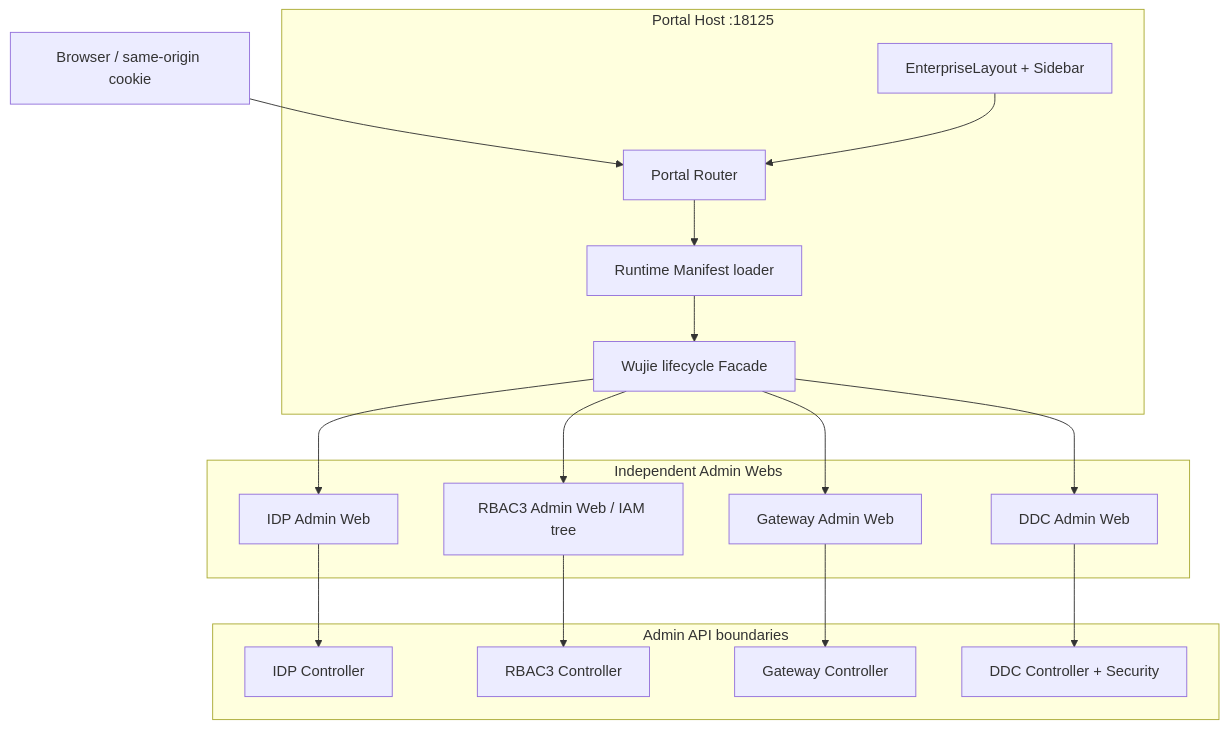
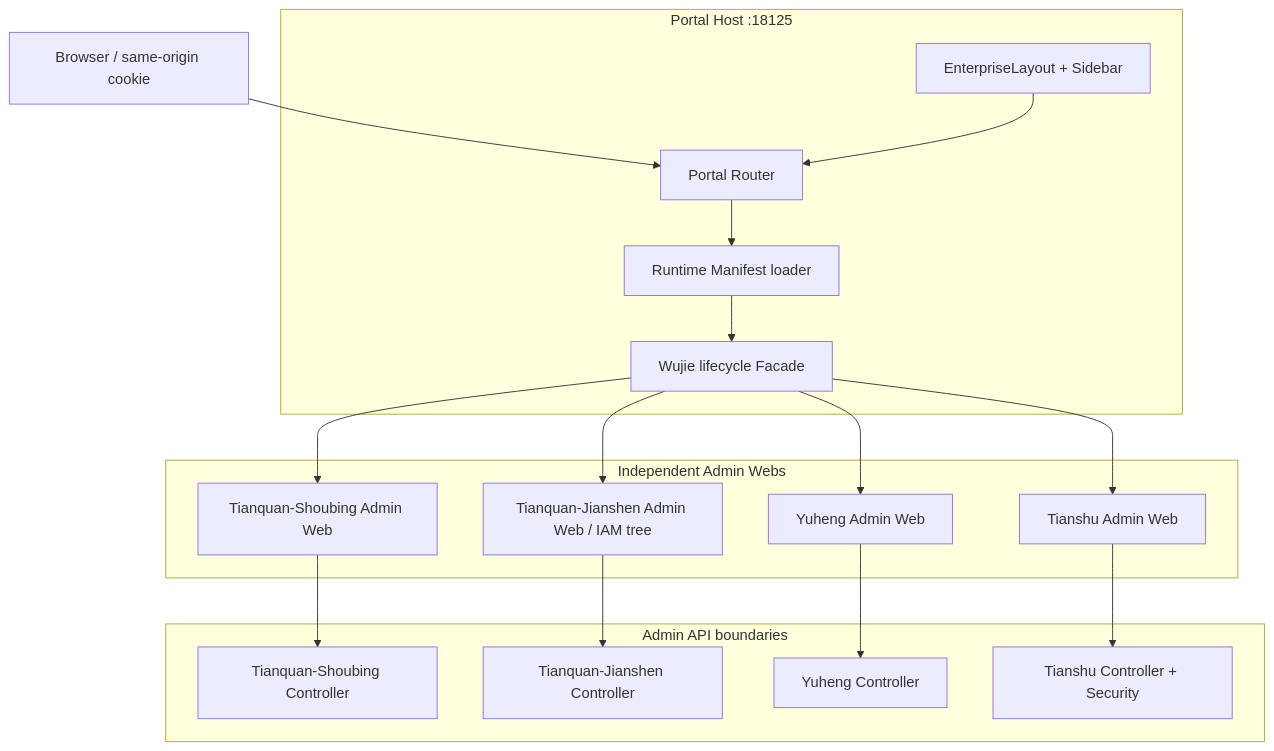
One commit to AllenDEricDAlexander/Egon-COLA changed the second of 4 diagrams in docs/egon/spec/2026-08-28-11-06-platforms-web-runtime-repair-and-controller-coverage.md. Above: the diagram before and after it, drawn with Mermaid. The commit also changed other lines of this file and 233 other files, not shown here.

````diff
--- a/docs/egon/spec/2026-08-28-11-06-platforms-web-runtime-repair-and-controller-coverage.md
+++ b/docs/egon/spec/2026-08-28-11-06-platforms-web-runtime-repair-and-controller-coverage.md
@@ -267,29 +267,29 @@
 ```mermaid
 flowchart TB
     Browser[Browser / same-origin cookie]
     subgraph Host[Portal Host :18125]
       Router[Portal Router]
       Manifest[Runtime Manifest loader]
       Facade[Wujie lifecycle Facade]
       Shared[EnterpriseLayout + Sidebar]
     end
     subgraph Children[Independent Admin Webs]
-      IDP[IDP Admin Web]
-      RBAC[RBAC3 Admin Web / IAM tree]
-      GW[Gateway Admin Web]
-      DDC[DDC Admin Web]
+      Tianquan-Shoubing[Tianquan-Shoubing Admin Web]
+      RBAC[Tianquan-Jianshen Admin Web / IAM tree]
+      GW[Yuheng Admin Web]
+      Tianshu[Tianshu Admin Web]
     end
     subgraph APIs[Admin API boundaries]
-      IDPA[IDP Controller]
-      RBACA[RBAC3 Controller]
-      GWA[Gateway Controller]
-      DDCA[DDC Controller + Security]
+      IDPA[Tianquan-Shoubing Controller]
+      RBACA[Tianquan-Jianshen Controller]
+      GWA[Yuheng Controller]
+      DDCA[Tianshu Controller + Security]
     end
     Browser --> Router --> Manifest --> Facade
-    Facade --> IDP & RBAC & GW & DDC
+    Facade --> Tianquan-Shoubing & RBAC & GW & Tianshu
     Shared --> Router
-    IDP --> IDPA
+    Tianquan-Shoubing --> IDPA
     RBAC --> RBACA
     GW --> GWA
-    DDC --> DDCA
+    Tianshu --> DDCA
 ```
````
